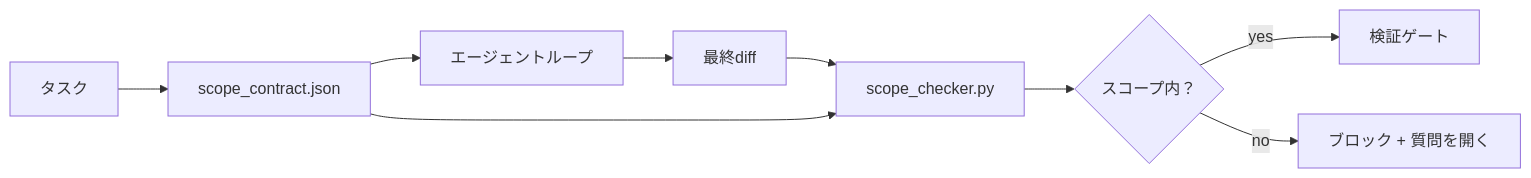
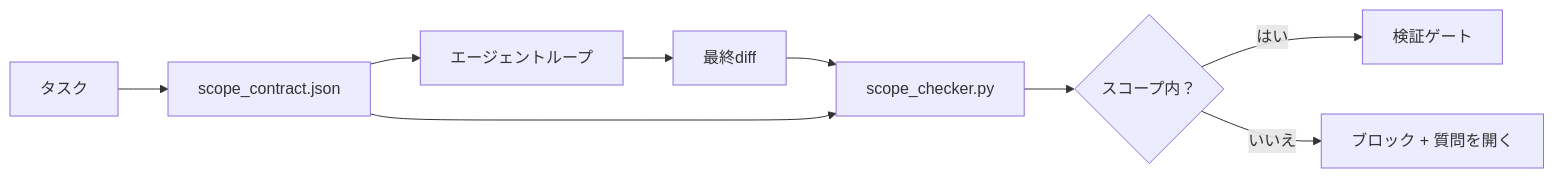
Before and after one commit to shoshoshomen/synapse-academy: the diagram in content/phases/14-agent-engineering/36-scope-contracts/lesson.ja.md, drawn with Mermaid. The commit also changed 124 other files, not shown here.

First line of the commit message:
feat(i18n): mermaid図のラベルを日本語化(194レッスン/374図)

````diff
--- a/content/phases/14-agent-engineering/36-scope-contracts/lesson.ja.md
+++ b/content/phases/14-agent-engineering/36-scope-contracts/lesson.ja.md
@@ -21,11 +21,11 @@
 ```mermaid
 flowchart LR
-  Task[タスク] --> Contract[scope_contract.json]
-  Contract --> Agent[エージェントループ]
-  Agent --> Diff[最終diff]
-  Diff --> Checker[scope_checker.py]
+  Task["タスク"] --> Contract["scope_contract.json"]
+  Contract --> Agent["エージェントループ"]
+  Agent --> Diff["最終diff"]
+  Diff --> Checker["scope_checker.py"]
   Contract --> Checker
-  Checker --> Verdict{スコープ内？}
-  Verdict -- yes --> Verify[検証ゲート]
-  Verdict -- no --> Block[ブロック + 質問を開く]
+  Checker --> Verdict{"スコープ内？"}
+  Verdict -- "はい" --> Verify["検証ゲート"]
+  Verdict -- "いいえ" --> Block["ブロック + 質問を開く"]
 ```
````
